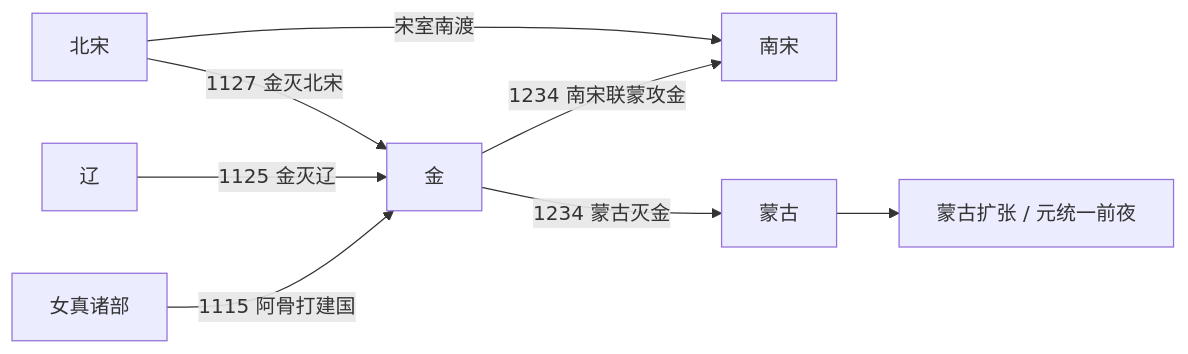
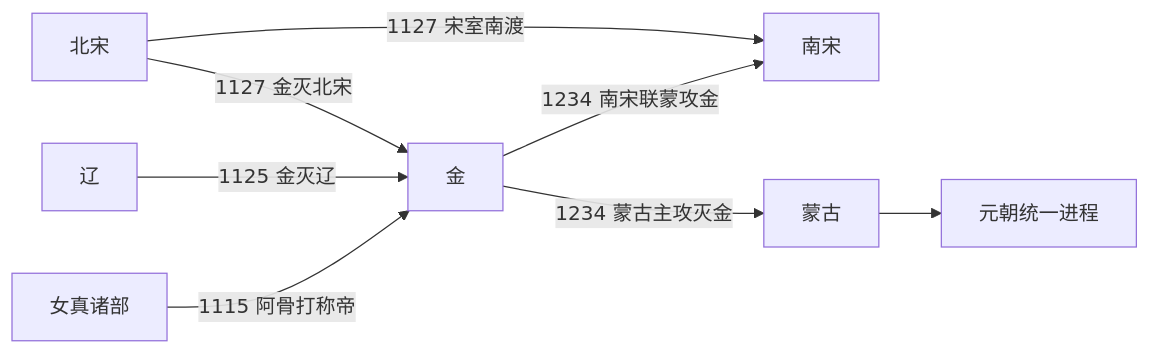
One commit to tianlan-dev/learning-notes changed the diagram in 人文科学/历史/东亚/中国/辽宋金西夏/金/README.md. Above: the diagram before and after it, drawn with Mermaid. The commit also changed other lines of this file and 1417 other files, not shown here.

````diff
--- a/人文科学/历史/东亚/中国/辽宋金西夏/金/README.md
+++ b/人文科学/历史/东亚/中国/辽宋金西夏/金/README.md
@@ -23,10 +112,10 @@
 ```mermaid
 flowchart LR
-  Jurchen[女真诸部] -->|1115 阿骨打建国| Jin[金]
-  Liao[辽] -->|1125 金灭辽| Jin
-  NorthernSong[北宋] -->|1127 金灭北宋| Jin
-  NorthernSong -->|宋室南渡| SouthernSong[南宋]
-  Jin -->|1234 蒙古灭金| Mongol[蒙古]
-  Jin -->|1234 南宋联蒙攻金| SouthernSong
-  Mongol --> YuanEra["蒙古扩张 / 元统一前夜"]
+  Jurchen["女真诸部"] -->|"1115 阿骨打称帝"| Jin["金"]
+  Liao["辽"] -->|"1125 金灭辽"| Jin
+  NorthernSong["北宋"] -->|"1127 金灭北宋"| Jin
+  NorthernSong -->|"1127 宋室南渡"| SouthernSong["南宋"]
+  Jin -->|"1234 蒙古主攻灭金"| Mongol["蒙古"]
+  Jin -->|"1234 南宋联蒙攻金"| SouthernSong
+  Mongol --> Yuan["元朝统一进程"]
 ```
````
